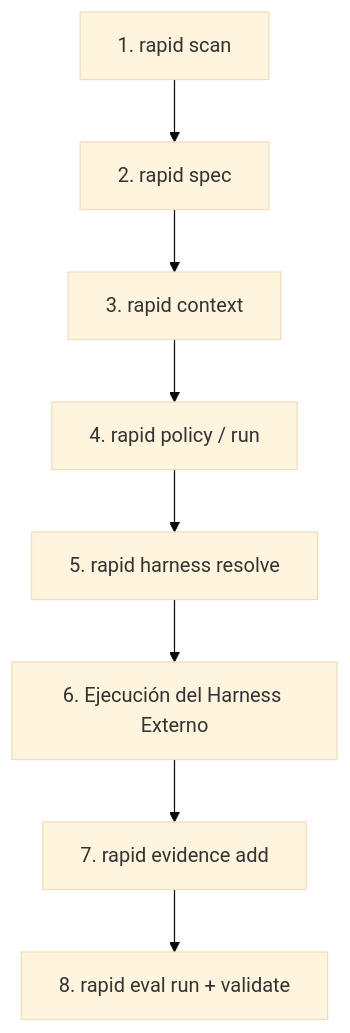
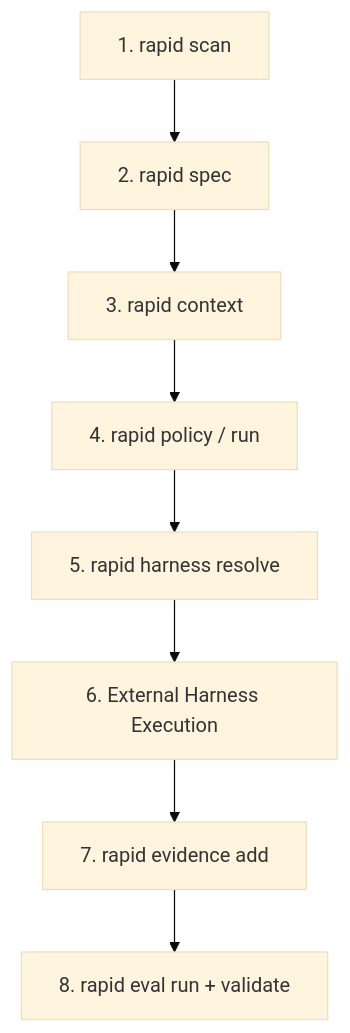
One commit to alyconr/Rapid-OS changed the diagram in docs/getting-started/next-steps.md. Above: the diagram before and after it, drawn with Mermaid (base theme). The commit also changed other lines of this file and 81 other files, not shown here.

````diff
--- a/docs/getting-started/next-steps.md
+++ b/docs/getting-started/next-steps.md
@@ -47,10 +47,10 @@
 ```mermaid
 flowchart TD
     A[1. rapid scan] --> B[2. rapid spec]
     B --> C[3. rapid context]
     C --> D[4. rapid policy / run]
     D --> E[5. rapid harness resolve]
-    E --> F[6. Ejecución del Harness Externo]
+    E --> F[6. External Harness Execution]
     F --> G[7. rapid evidence add]
     G --> H[8. rapid eval run + validate]
 ```
````
